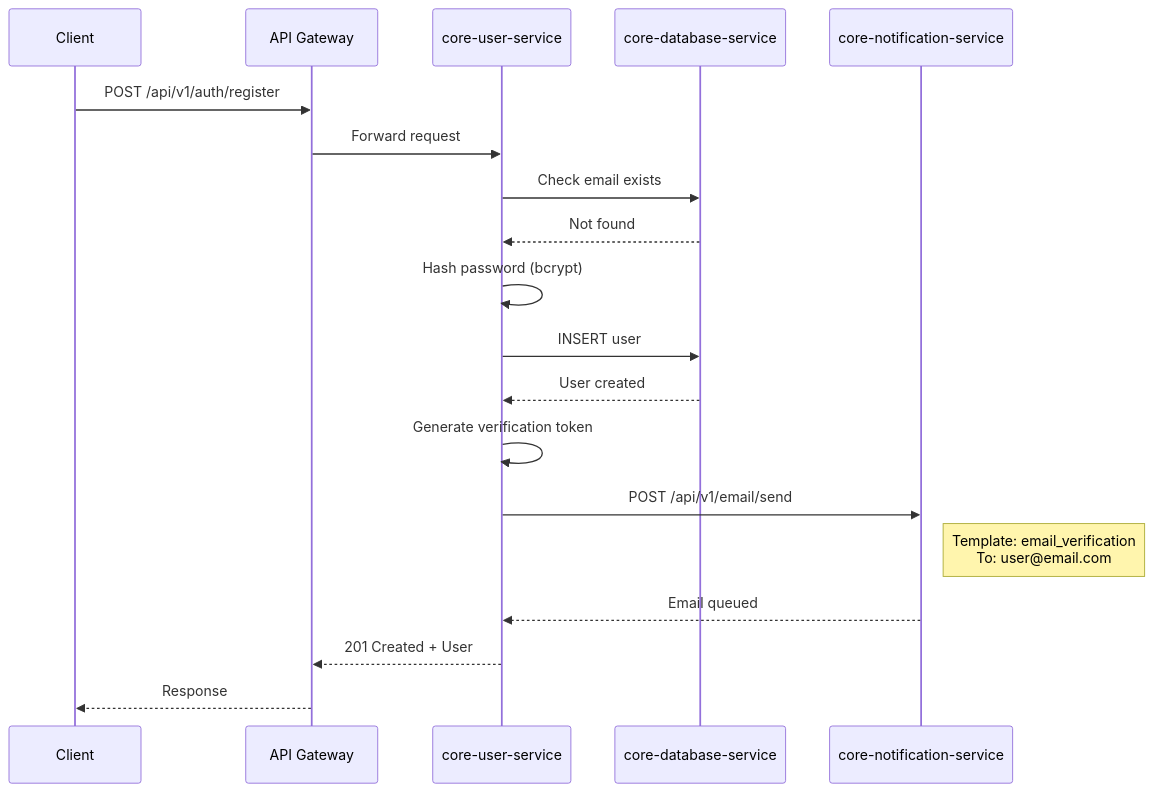
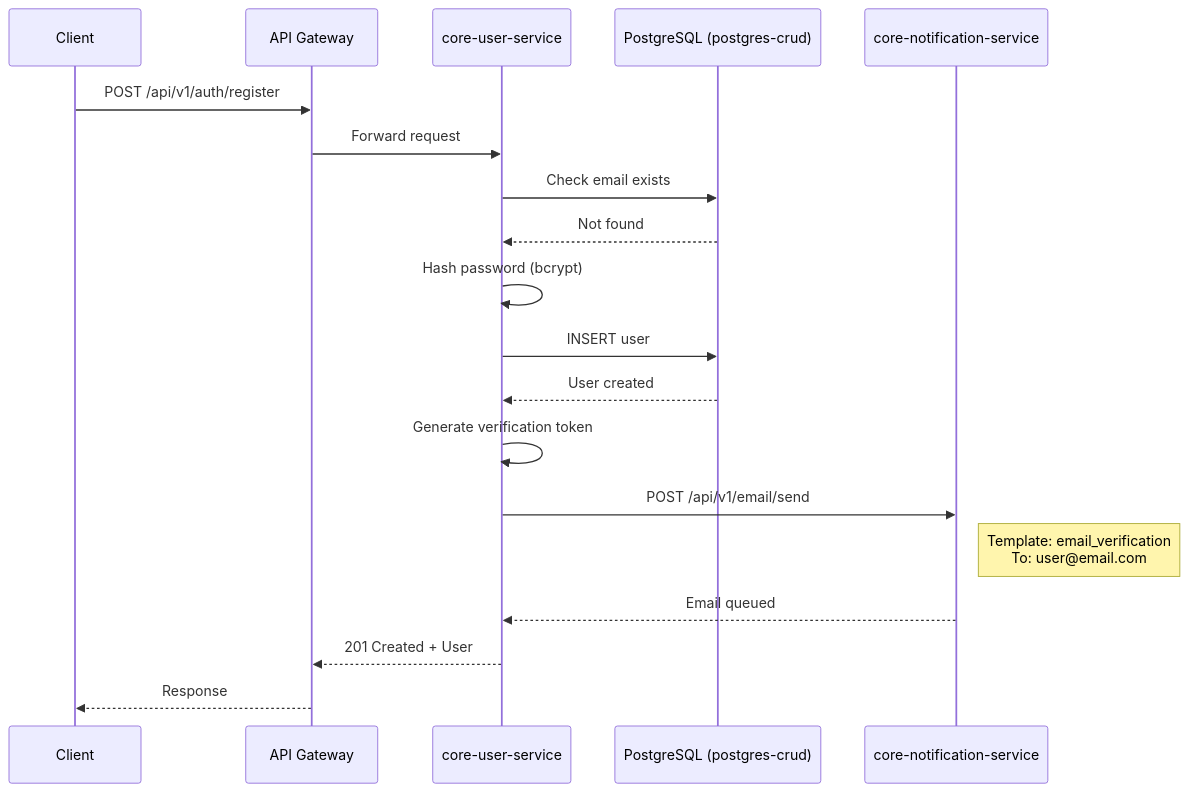
One commit to VisioBook-ESP/docs-architecture changed the fourth of 6 diagrams in microservices/core-user-service.md. Above: the diagram before and after it, drawn with Mermaid. The commit also changed other lines of this file and 15 other files, not shown here.

````diff
--- a/microservices/core-user-service.md
+++ b/microservices/core-user-service.md
@@ -321,27 +321,27 @@
 ```mermaid
 sequenceDiagram
     participant C as Client
     participant GW as API Gateway
     participant US as core-user-service
-    participant DB as core-database-service
+    participant PG as PostgreSQL (postgres-crud)
     participant NS as core-notification-service
 
     C->>GW: POST /api/v1/auth/register
     GW->>US: Forward request
 
-    US->>DB: Check email exists
-    DB-->>US: Not found
+    US->>PG: Check email exists
+    PG-->>US: Not found
 
     US->>US: Hash password (bcrypt)
-    US->>DB: INSERT user
-    DB-->>US: User created
+    US->>PG: INSERT user
+    PG-->>US: User created
 
     US->>US: Generate verification token
 
     US->>NS: POST /api/v1/email/send
     Note right of NS: Template: email_verification<br/>To: user@email.com
     NS-->>US: Email queued
 
     US-->>GW: 201 Created + User
     GW-->>C: Response
 ```
````
